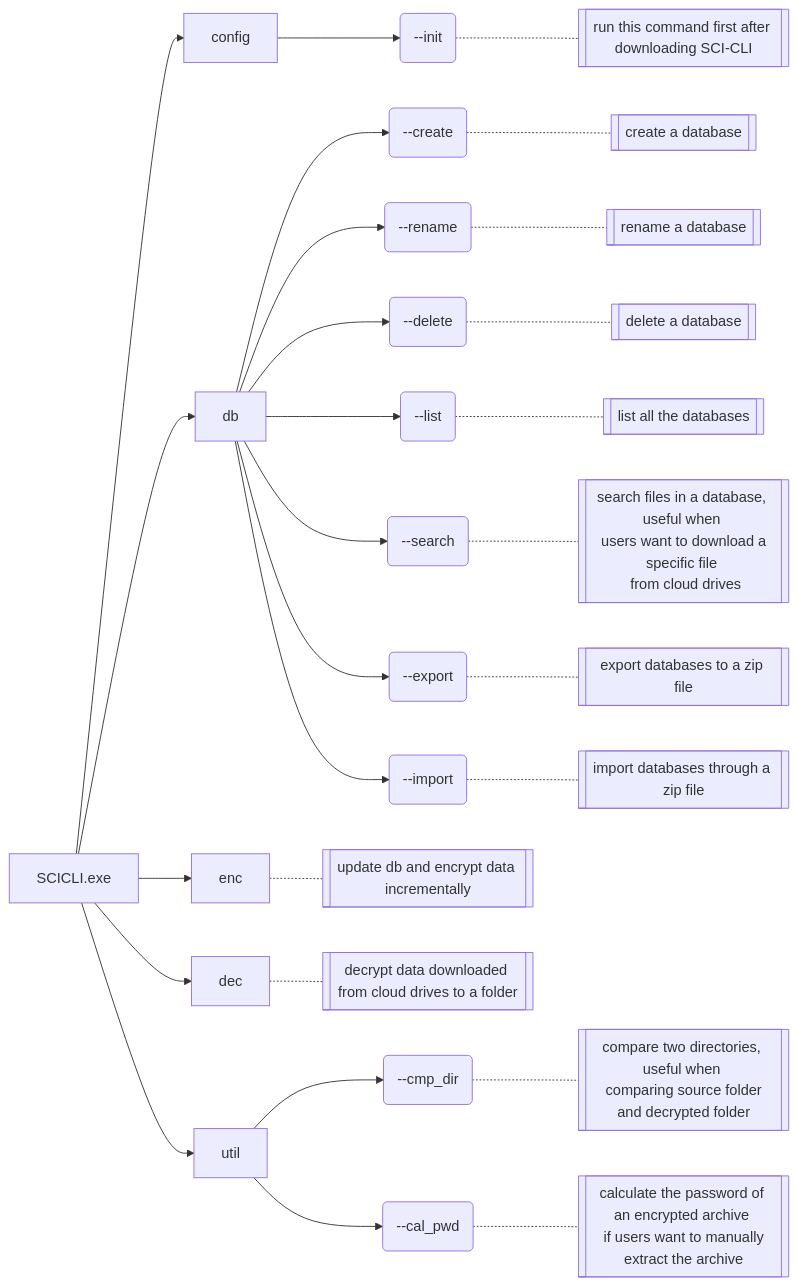
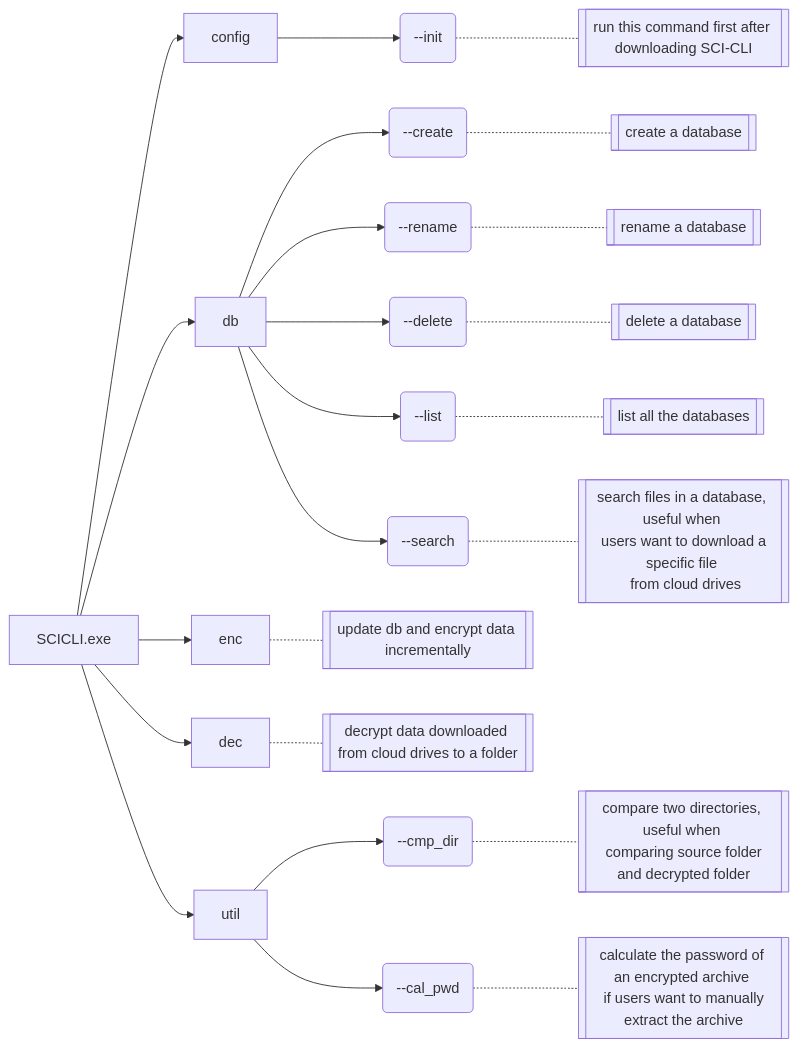
The diagram in docs/userGuide/cli.md (gustaavv/SecureCloudInspector), drawn with Mermaid before and after one commit. The commit also changed other lines of this file and 7 other files, not shown here.

````diff
--- a/docs/userGuide/cli.md
+++ b/docs/userGuide/cli.md
@@ -19,30 +19,28 @@
 ```mermaid
 flowchart LR
 %% name convention for id:
 %% 'v' means verb
 %% 'o' means options
 %% 'e' means explanation
 %% o21 means the 1st option of the 2nd verb
 %% e21 means the explanation of o21
     exe[SCICLI.exe]
 %% config
     exe --> v1[config]
     v1 --> o11("--init") -.- e11[[run this command first after downloading SCI-CLI]]
 %% database 
     exe --> v2[db]
     v2 --> o21("--create") -.- e21[[create a database]]
     v2 --> o22("--rename") -.- e22[[rename a database]]
     v2 --> o23("--delete") -.- e23[[delete a database]]
     v2 --> o24("--list") -.- e24[[list all the databases]]
     v2 --> o25("--search") -.- e25[[search files in a database, useful when <br/> users want to download a specific file <br/> from cloud drives]]
-    v2 --> o26("--export") -.- e26[[export databases to a zip file]]
-    v2 --> o27("--import") -.- e27[[import databases through a zip file]]
 %% encrypt
     exe --> v3[enc] -.- e3[[update db and encrypt data incrementally]]
 %% decrypt
     exe --> v4[dec] -.- e4[[decrypt data downloaded from cloud drives to a folder]]
 %% util
     exe --> v5[util]
     v5 --> o51("--cmp_dir") -.- e51[[compare two directories, useful when <br/> comparing source folder and decrypted folder]]
     v5 --> o52("--cal_pwd") -.- e52[[calculate the password of an encrypted archive <br/> if users want to manually extract the archive]]
 ```
````
